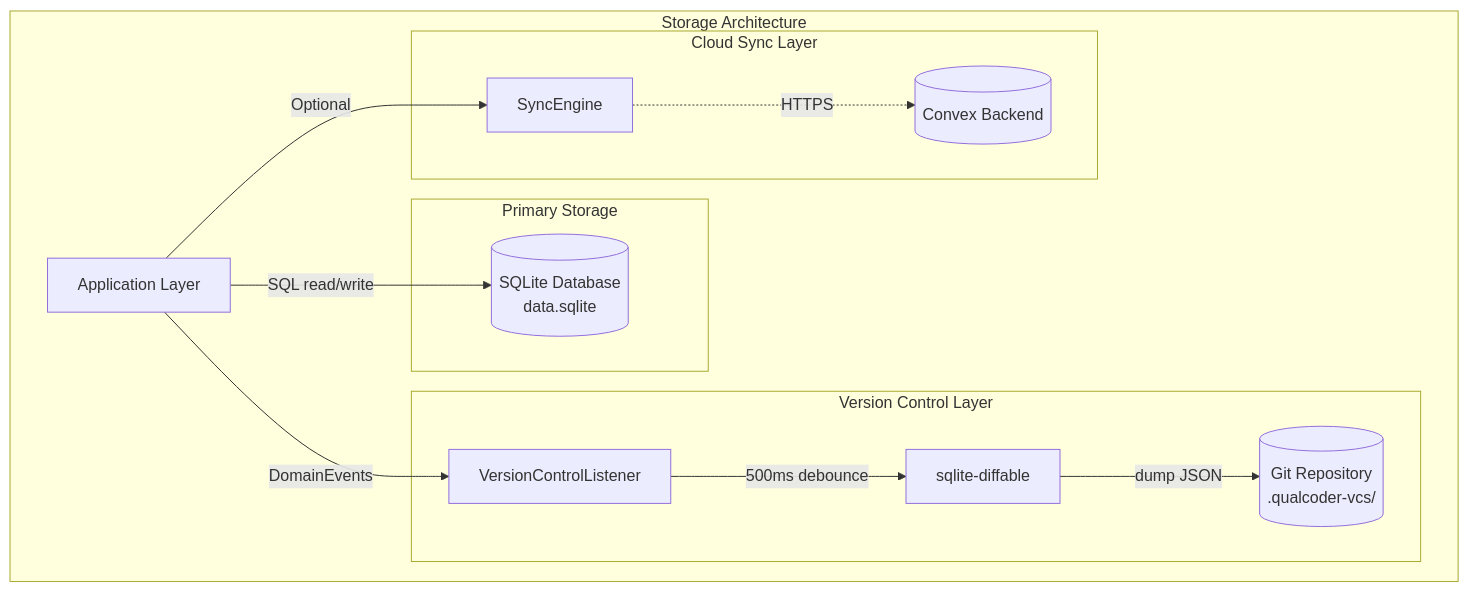
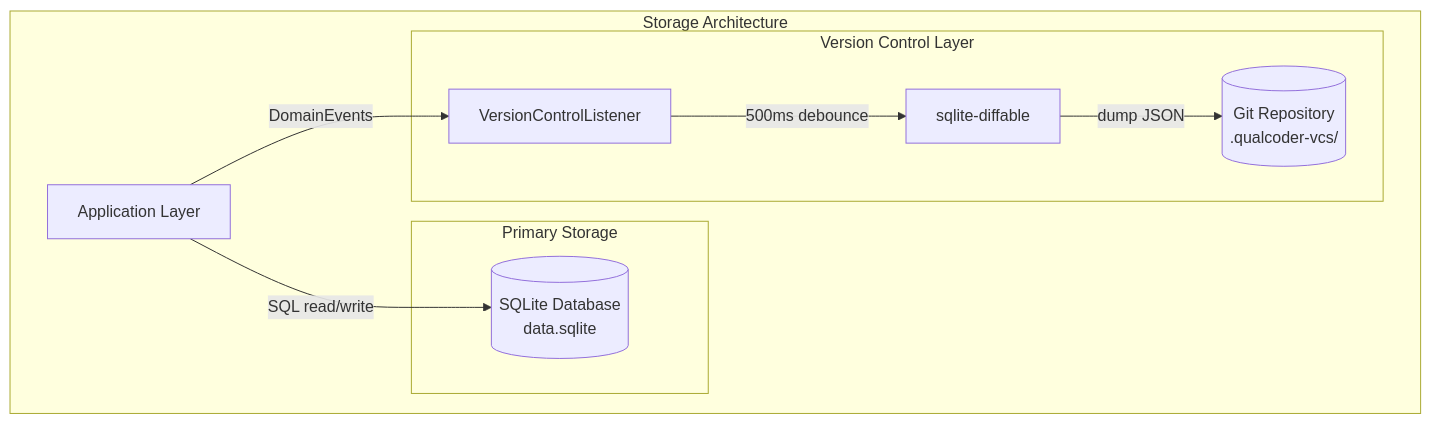
The tenth of 12 diagrams in docs/ARCHITECTURE.md (scope-impact/QualCoder-v2), drawn with Mermaid before and after one commit. The commit also changed other lines of this file and 79 other files, not shown here.

First line of the commit message:
refactor: remove Convex cloud sync infrastructure (QC-050)

````diff
--- a/docs/ARCHITECTURE.md
+++ b/docs/ARCHITECTURE.md
@@ -546,28 +536,21 @@
 ```mermaid
 graph TB
     subgraph "Storage Architecture"
         APP[Application Layer]
 
         subgraph "Primary Storage"
             SQLITE[(SQLite Database<br>data.sqlite)]
         end
 
         subgraph "Version Control Layer"
             VCS[VersionControlListener]
             DIFF[sqlite-diffable]
             GIT[(Git Repository<br>.qualcoder-vcs/)]
         end
-
-        subgraph "Cloud Sync Layer"
-            SYNC[SyncEngine]
-            CONVEX[(Convex Backend)]
-        end
     end
 
     APP -- "SQL read/write" --> SQLITE
     APP -- "DomainEvents" --> VCS
     VCS -- "500ms debounce" --> DIFF
     DIFF -- "dump JSON" --> GIT
-    APP -- "Optional" --> SYNC
-    SYNC -. "HTTPS" .-> CONVEX
 ```
````
